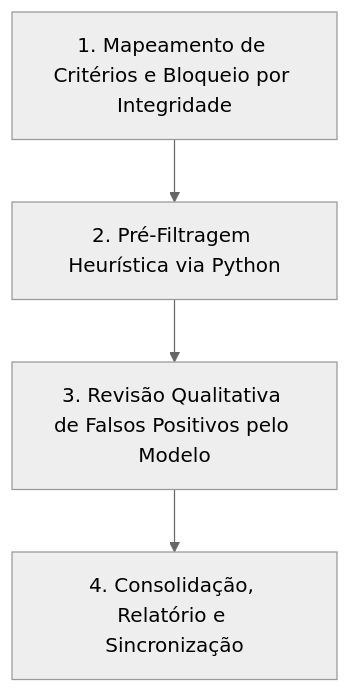
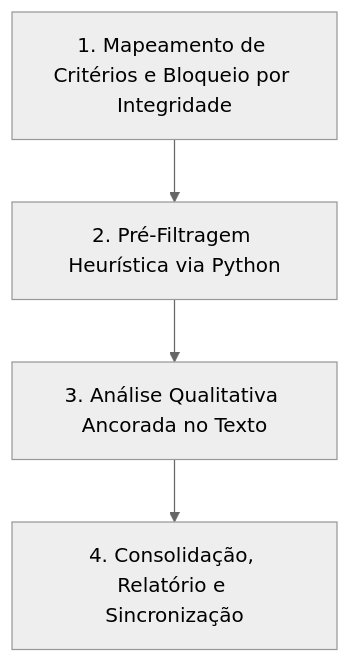
Before and after one commit to eduardomatheusfigueira/RSAC: the diagram in .agents/skills/triagem-revisao-sistematica/SKILL.md, drawn with Mermaid (neutral theme). The commit also changed other lines of this file and 1 other file, not shown here.

````diff
--- a/.agents/skills/triagem-revisao-sistematica/SKILL.md
+++ b/.agents/skills/triagem-revisao-sistematica/SKILL.md
@@ -25,6 +38,6 @@
 ```mermaid
 graph TD
     A[1. Mapeamento de Critérios e Bloqueio por Integridade] --> B[2. Pré-Filtragem Heurística via Python]
-    B --> C[3. Revisão Qualitativa de Falsos Positivos pelo Modelo]
+    B --> C[3. Análise Qualitativa Ancorada no Texto]
     C --> D[4. Consolidação, Relatório e Sincronização]
 ```
````
